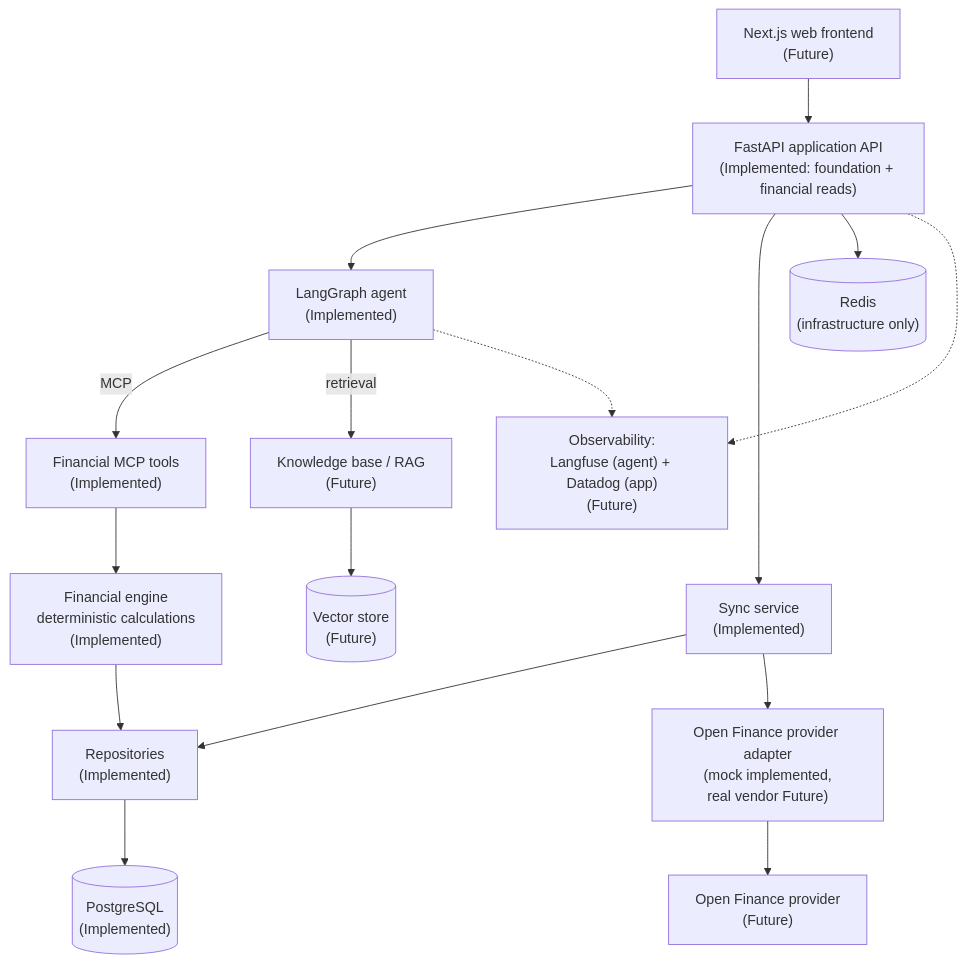
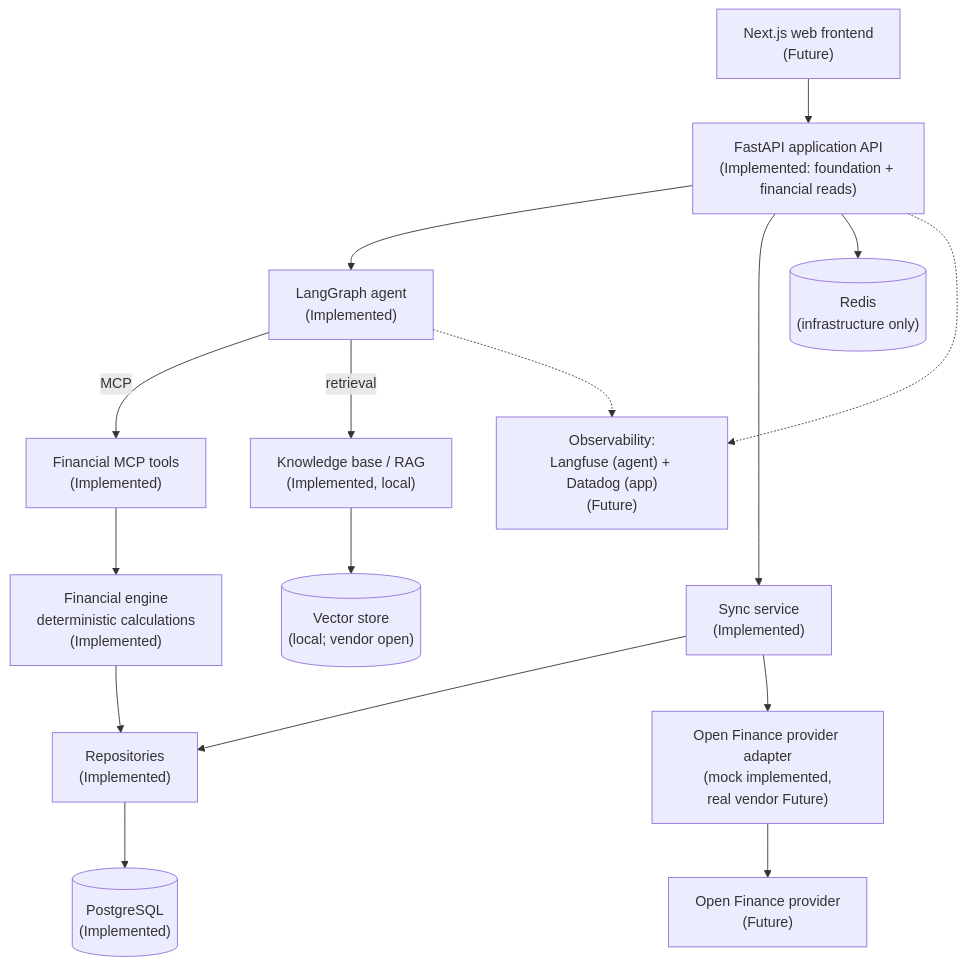
Before and after one commit to joaopaulodevv/compass: the second of 6 diagrams in docs/architecture.md, drawn with Mermaid. The commit also changed other lines of this file and 5 other files, not shown here.

First line of the commit message:
docs: document the knowledge base and what is still open

````diff
--- a/docs/architecture.md
+++ b/docs/architecture.md
@@ -59,27 +61,27 @@
 ```mermaid
 flowchart TB
     web["Next.js web frontend\n(Future)"] --> api
 
     api["FastAPI application API\n(Implemented: foundation + financial reads)"]
 
     api --> agent["LangGraph agent\n(Implemented)"]
 
     agent -->|MCP| tools["Financial MCP tools\n(Implemented)"]
-    agent -->|retrieval| rag["Knowledge base / RAG\n(Future)"]
+    agent -->|retrieval| rag["Knowledge base / RAG\n(Implemented, local)"]
 
     tools --> services["Financial engine\ndeterministic calculations\n(Implemented)"]
     api --> sync["Sync service\n(Implemented)"]
     services --> repos["Repositories\n(Implemented)"]
     sync --> repos
     sync --> ofp["Open Finance provider adapter\n(mock implemented,\nreal vendor Future)"]
 
     repos --> postgres[("PostgreSQL\n(Implemented)")]
-    rag --> vectors[("Vector store\n(Future)")]
+    rag --> vectors[("Vector store\n(local; vendor open)")]
     ofp --> openfinance["Open Finance provider\n(Future)"]
 
     api --> cache[("Redis\n(infrastructure only)")]
 
     obs["Observability:\nLangfuse (agent) + Datadog (app)\n(Future)"]
     agent -.-> obs
     api -.-> obs
 ```
````
